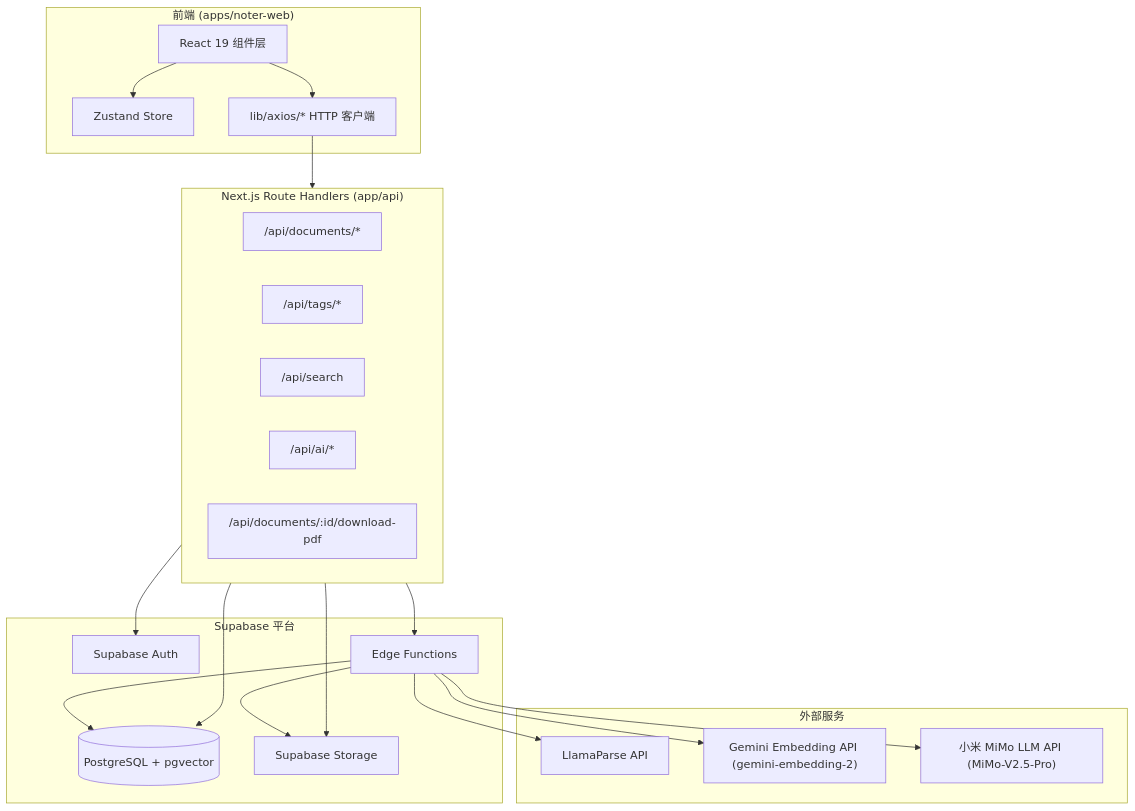
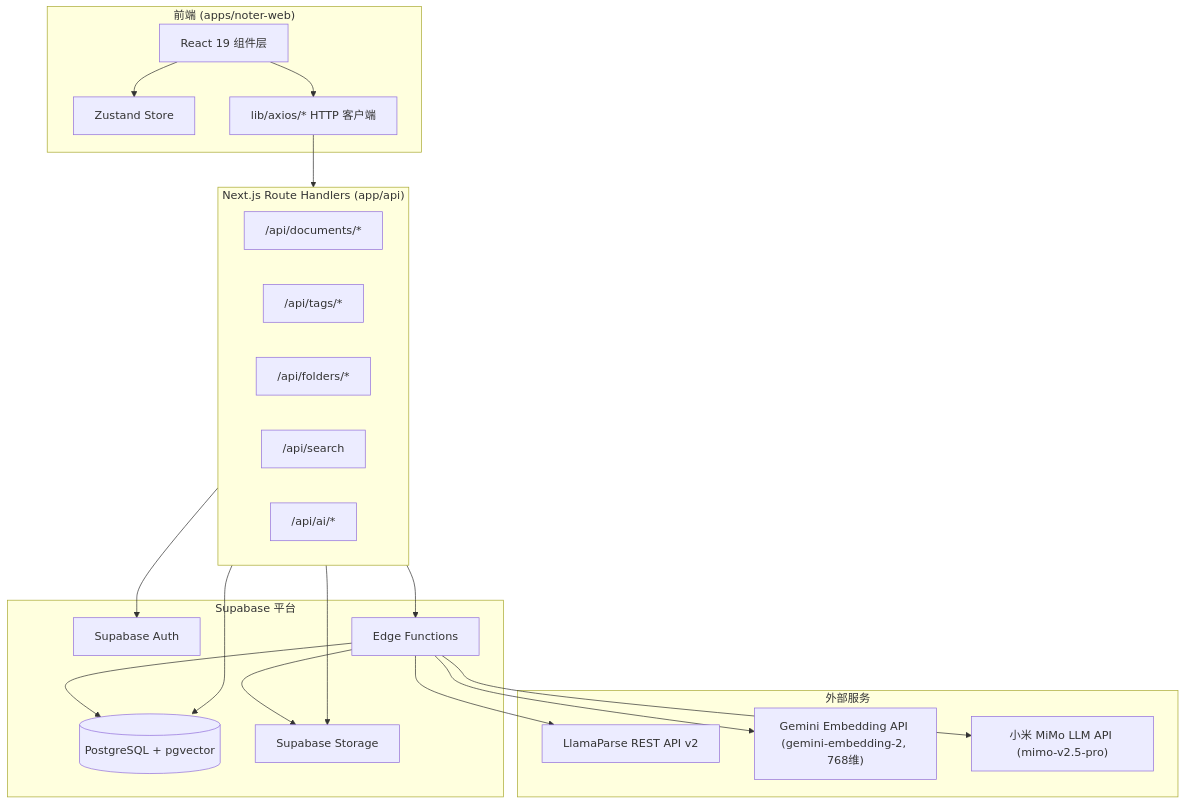
Before and after one commit to Jett191/noter: the first of 9 diagrams in .kiro/specs/noter-document-management/design.md, drawn with Mermaid. The commit also changed other lines of this file and 7 other files, not shown here.

````diff
--- a/.kiro/specs/noter-document-management/design.md
+++ b/.kiro/specs/noter-document-management/design.md
@@ -22,42 +22,42 @@
 ```mermaid
 graph TB
     subgraph Frontend["前端 (apps/noter-web)"]
         UI[React 19 组件层]
         Store[Zustand Store]
         AxiosLib["lib/axios/* HTTP 客户端"]
     end
 
     subgraph NextAPI["Next.js Route Handlers (app/api)"]
         DocAPI["/api/documents/*"]
         TagAPI["/api/tags/*"]
+        FolderAPI["/api/folders/*"]
         SearchAPI["/api/search"]
         AIAPI["/api/ai/*"]
-        DownloadAPI["/api/documents/:id/download-pdf"]
     end
 
     subgraph Supabase["Supabase 平台"]
         Auth[Supabase Auth]
         DB[(PostgreSQL + pgvector)]
         Storage[Supabase Storage]
         EdgeFn[Edge Functions]
     end
 
     subgraph External["外部服务"]
-        LlamaParse[LlamaParse API]
-        EmbeddingAPI["Gemini Embedding API (gemini-embedding-2)"]
-        LLMAPI["小米 MiMo LLM API (MiMo-V2.5-Pro)"]
+        LlamaParse["LlamaParse REST API v2"]
+        EmbeddingAPI["Gemini Embedding API (gemini-embedding-2, 768维)"]
+        LLMAPI["小米 MiMo LLM API (mimo-v2.5-pro)"]
     end
 
     UI --> Store
     UI --> AxiosLib
     AxiosLib --> NextAPI
     NextAPI --> Auth
     NextAPI --> DB
     NextAPI --> Storage
     NextAPI --> EdgeFn
     EdgeFn --> LlamaParse
     EdgeFn --> EmbeddingAPI
     EdgeFn --> LLMAPI
     EdgeFn --> Storage
     EdgeFn --> DB
 ```
````
